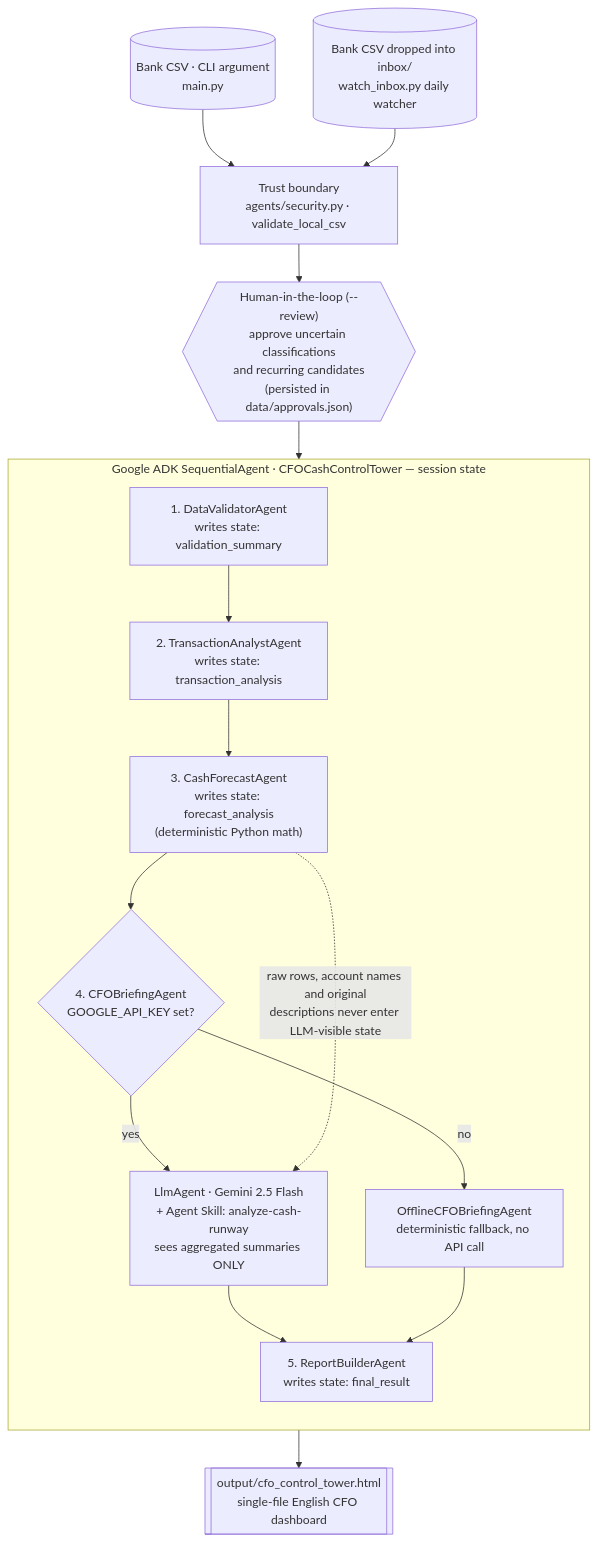
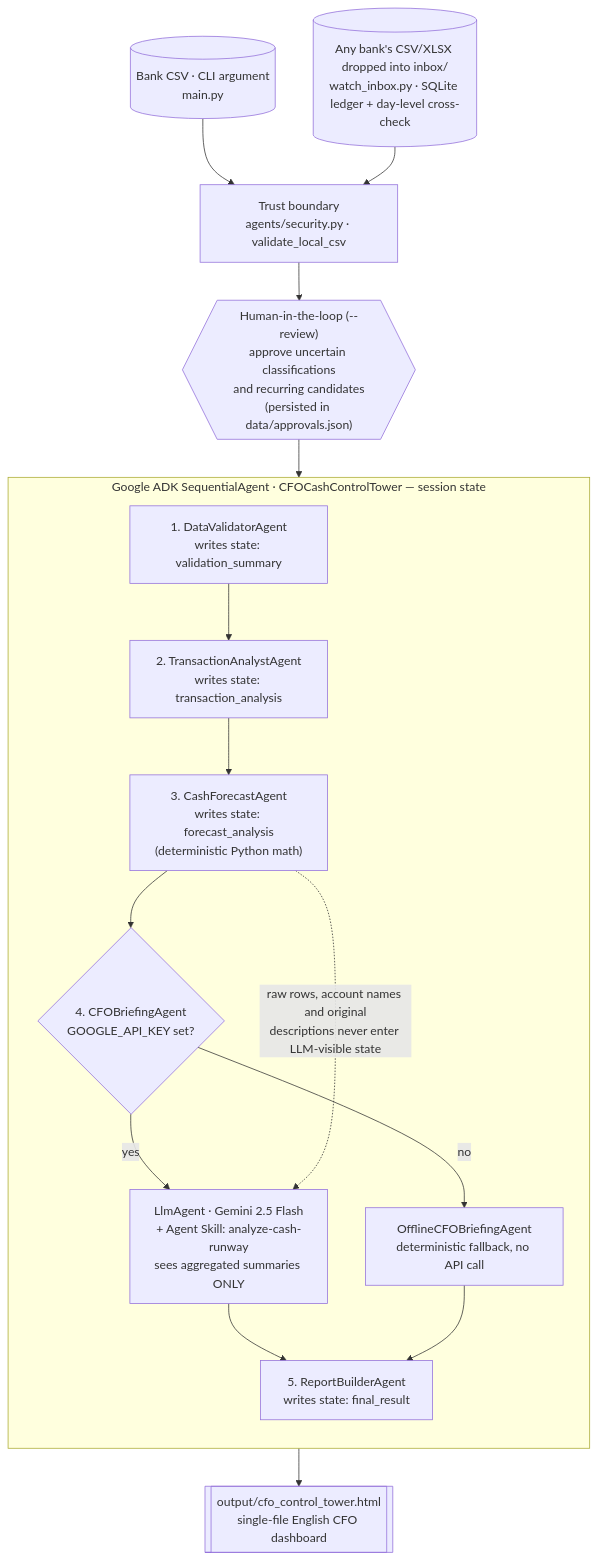
Before and after one commit to Hanna-start/Start-up-Daily-CF-Report: the diagram in README.md, drawn with Mermaid. The commit also changed other lines of this file and 9 other files, not shown here.

First line of the commit message:
Add SQLite ledger with any-format ingestion and day-level bank cross-checks

````diff
--- a/README.md
+++ b/README.md
@@ -27,24 +28,24 @@
 ```mermaid
 flowchart TB
     CSV[("Bank CSV · CLI argument<br/>main.py")] --> GUARD["Trust boundary<br/>agents/security.py · validate_local_csv"]
-    INBOX[("Bank CSV dropped into inbox/<br/>watch_inbox.py daily watcher")] --> GUARD
+    INBOX[("Any bank's CSV/XLSX dropped into inbox/<br/>watch_inbox.py · SQLite ledger + day-level cross-check")] --> GUARD
     GUARD --> REVIEW{{"Human-in-the-loop (--review)<br/>approve uncertain classifications<br/>and recurring candidates<br/>(persisted in data/approvals.json)"}}
     REVIEW --> A1
 
     subgraph WF["Google ADK SequentialAgent · CFOCashControlTower — session state"]
         direction TB
         A1["1. DataValidatorAgent<br/>writes state: validation_summary"]
         A2["2. TransactionAnalystAgent<br/>writes state: transaction_analysis"]
         A3["3. CashForecastAgent<br/>writes state: forecast_analysis<br/>(deterministic Python math)"]
         KEY{"4. CFOBriefingAgent<br/>GOOGLE_API_KEY set?"}
         LLM["LlmAgent · Gemini 2.5 Flash<br/>+ Agent Skill: analyze-cash-runway<br/>sees aggregated summaries ONLY"]
         OFF["OfflineCFOBriefingAgent<br/>deterministic fallback, no API call"]
         A5["5. ReportBuilderAgent<br/>writes state: final_result"]
         A1 --> A2 --> A3 --> KEY
         KEY -->|yes| LLM --> A5
         KEY -->|no| OFF --> A5
     end
 
     A3 -. "raw rows, account names and original<br/>descriptions never enter LLM-visible state" .-> LLM
     A5 --> OUT[["output/cfo_control_tower.html<br/>single-file English CFO dashboard"]]
 ```
````
